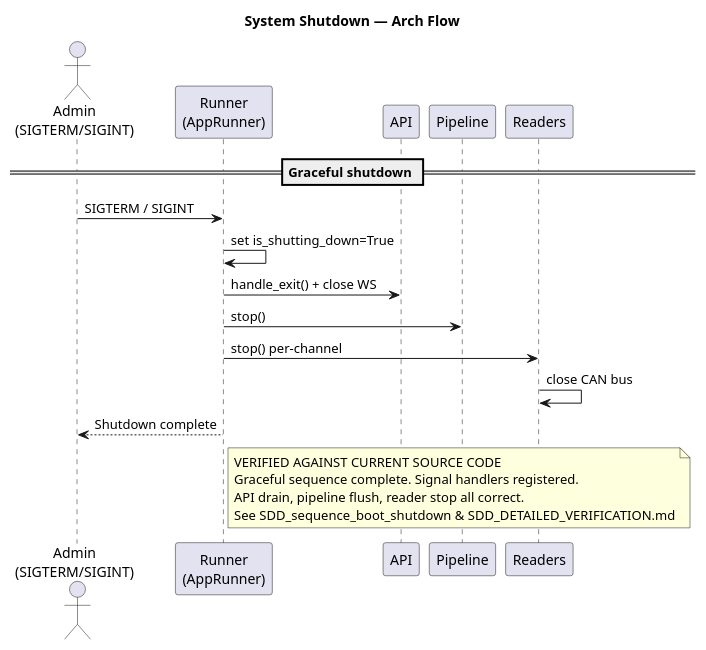
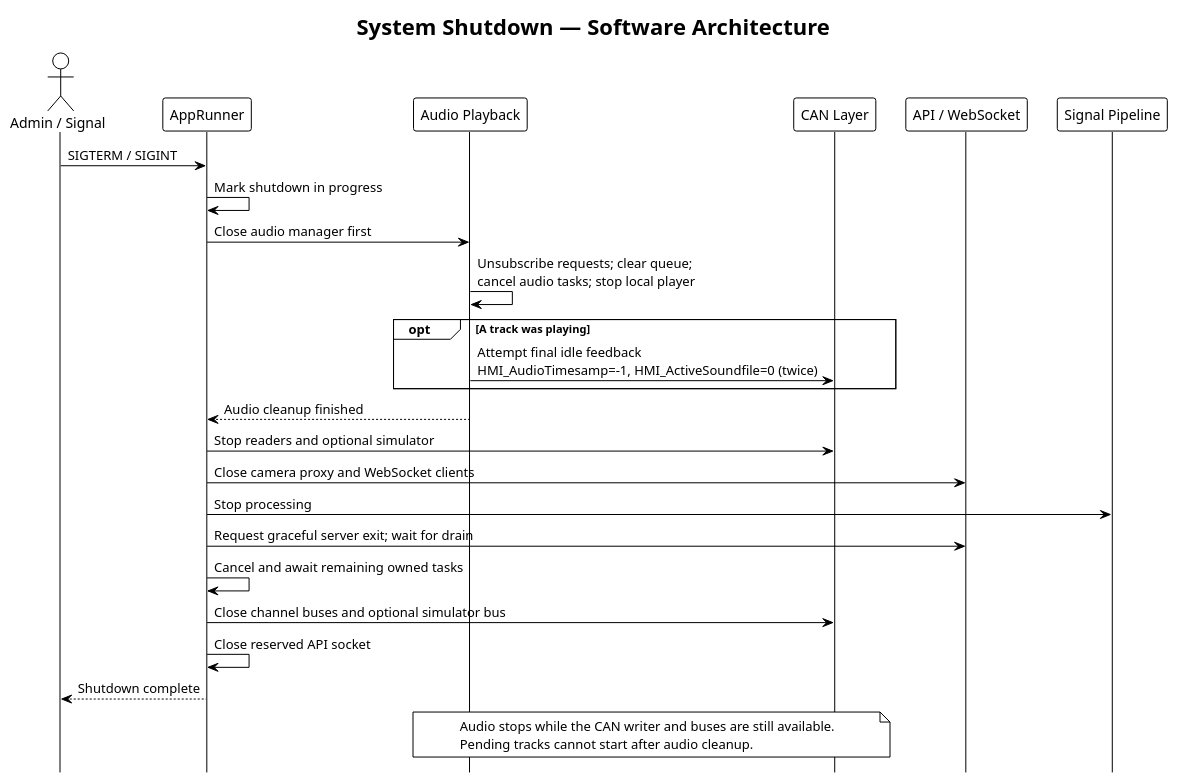
One commit to 3tdn/car-hmi changed the diagram in diagram/SAD/SAD_sequence_boot_shutdown.puml. Above: the diagram before and after it, drawn with PlantUML. The commit also changed 18 other files, not shown here.

First line of the commit message:
Document SEAL audio demo across SAD, SDD, and user docs

```diff
--- a/diagram/SAD/SAD_sequence_boot_shutdown.puml
+++ b/diagram/SAD/SAD_sequence_boot_shutdown.puml
@@ -1,26 +1,34 @@
-@startuml
-title System Shutdown — Arch Flow
+@startuml SAD_sequence_boot_shutdown
+!theme plain
+title System Shutdown — Software Architecture
+hide footbox
 
-actor "Admin\n(SIGTERM/SIGINT)" as Admin
-participant "Runner\n(AppRunner)" as Runner
-participant "API" as API
-participant "Pipeline" as Pipeline
-participant "Readers" as Readers
+actor "Admin / Signal" as admin
+participant "AppRunner" as runner
+participant "Audio Playback" as audio
+participant "CAN Layer" as can
+participant "API / WebSocket" as api
+participant "Signal Pipeline" as pipeline
 
-== Graceful shutdown ==
-Admin -> Runner : SIGTERM / SIGINT
-Runner -> Runner : set is_shutting_down=True
-Runner -> API : handle_exit() + close WS
-Runner -> Pipeline : stop()
-Runner -> Readers : stop() per-channel
-Readers -> Readers : close CAN bus
-Runner --> Admin : Shutdown complete
+admin -> runner : SIGTERM / SIGINT
+runner -> runner : Mark shutdown in progress
+runner -> audio : Close audio manager first
+audio -> audio : Unsubscribe requests; clear queue;\ncancel audio tasks; stop local player
+opt A track was playing
+    audio -> can : Attempt final idle feedback\nHMI_AudioTimesamp=-1, HMI_ActiveSoundfile=0 (twice)
+end
+audio --> runner : Audio cleanup finished
+runner -> can : Stop readers and optional simulator
+runner -> api : Close camera proxy and WebSocket clients
+runner -> pipeline : Stop processing
+runner -> api : Request graceful server exit; wait for drain
+runner -> runner : Cancel and await remaining owned tasks
+runner -> can : Close channel buses and optional simulator bus
+runner -> runner : Close reserved API socket
+runner --> admin : Shutdown complete
 
-note right of Runner
-  VERIFIED AGAINST CURRENT SOURCE CODE
-  Graceful sequence complete. Signal handlers registered.
-  API drain, pipeline flush, reader stop all correct.
-  See SDD_sequence_boot_shutdown & SDD_DETAILED_VERIFICATION.md
+note over audio, can
+  Audio stops while the CAN writer and buses are still available.
+  Pending tracks cannot start after audio cleanup.
 end note
-
 @enduml
```
